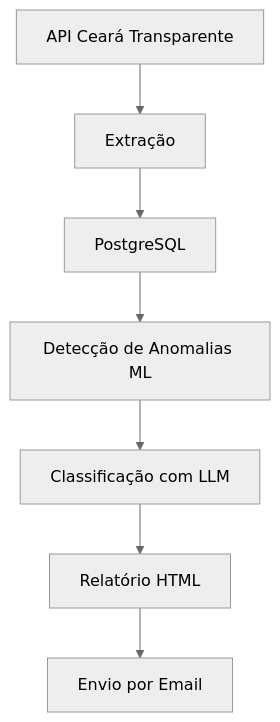
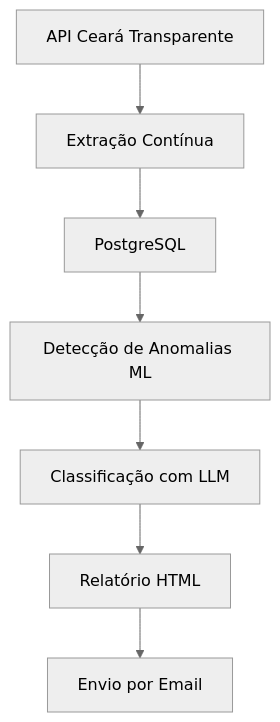
Before and after one commit to carlosarthur19/extracao-e-classificacao-contratos-ceara-transparente: the diagram in README.md, drawn with Mermaid (neutral theme). The commit also changed other lines of this file, not shown here.

````diff
--- a/README.md
+++ b/README.md
@@ -30,9 +30,9 @@
 ```mermaid
 graph TD
-    A[API Ceará Transparente] --> B[Extração]
+    A[API Ceará Transparente] --> B[Extração Contínua]
     B --> C[PostgreSQL]
     C --> D[Detecção de Anomalias ML]
     D --> E[Classificação com LLM]
     E --> F[Relatório HTML]
     F --> G[Envio por Email]
 ```
````
